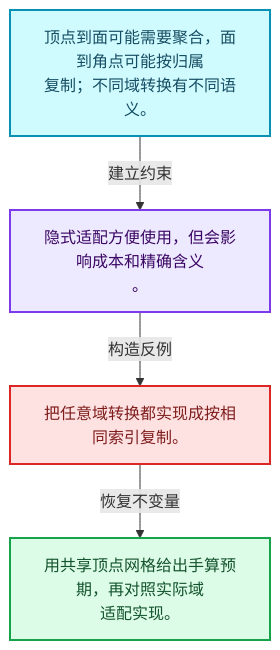
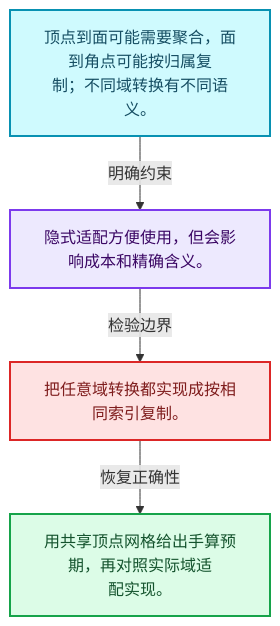
The first of 4 diagrams in 杂/markdown/全面学习-codex/05-几何存储与拓扑映射/09-属性域与转换.md (yunkezengren/blender-.vscode), drawn with Mermaid before and after one commit. The commit also changed other lines of this file and 1930 other files, not shown here.

````diff
--- a/杂/markdown/全面学习-codex/05-几何存储与拓扑映射/09-属性域与转换.md
+++ b/杂/markdown/全面学习-codex/05-几何存储与拓扑映射/09-属性域与转换.md
@@ -29,16 +29,16 @@
 ```mermaid
 flowchart TB
-  M["顶点到面可能需要聚合，面到角点可能按归属<br/>复制；不同域转换有不同语义。"]:::data
-  T["隐式适配方便使用，但会影响成本和精确含义<br/>。"]:::abstraction
-  X["把任意域转换都实现成按相同索引复制。"]:::error
-  A["用共享顶点网格给出手算预期，再对照实际域<br/>适配实现。"]:::result
-  M -->|"建立约束"| T
-  T -->|"构造反例"| X
-  X -->|"恢复不变量"| A
+  M["顶点到面可能需要聚合，面到角点可能按归属复<br/>制；不同域转换有不同语义。"]:::data
+  C["隐式适配方便使用，但会影响成本和精确含义。"]:::abstraction
+  B["把任意域转换都实现成按相同索引复制。"]:::error
+  R["用共享顶点网格给出手算预期，再对照实际域适<br/>配实现。"]:::result
+  M -->|"明确约束"| C
+  C -->|"检验边界"| B
+  B -->|"恢复正确性"| R
   classDef input fill:#DBEAFE,stroke:#2563EB,color:#172554,stroke-width:2px;
   classDef data fill:#CFFAFE,stroke:#0891B2,color:#164E63,stroke-width:2px;
   classDef abstraction fill:#EDE9FE,stroke:#7C3AED,color:#3B0764,stroke-width:2px;
   classDef compute fill:#FEF3C7,stroke:#D97706,color:#78350F,stroke-width:2px;
   classDef result fill:#DCFCE7,stroke:#16A34A,color:#14532D,stroke-width:2px;
   classDef error fill:#FEE2E2,stroke:#DC2626,color:#7F1D1D,stroke-width:2px;
 ```
````
